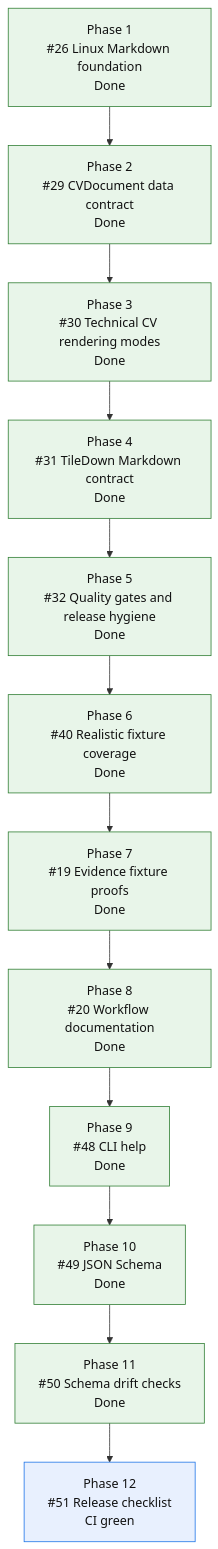
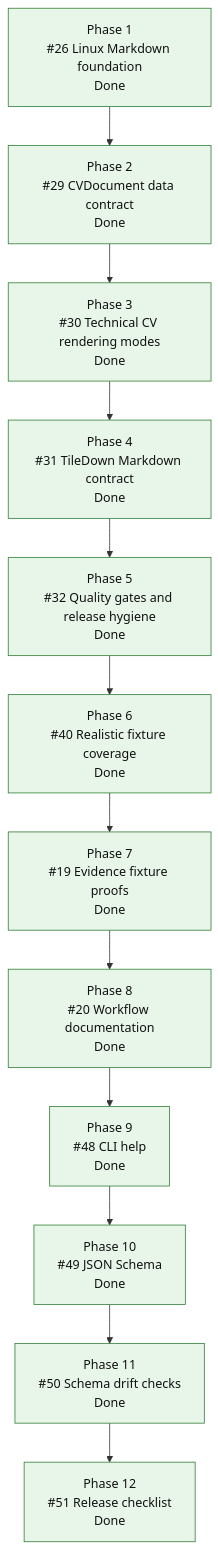
One commit to mihaelamj/cvbuilder changed the diagram in README.md. Above: the diagram before and after it, drawn with Mermaid. The commit also changed other lines of this file and 1 other file, not shown here.

First line of the commit message:
Mark release epic complete

````diff
--- a/README.md
+++ b/README.md
@@ -165,27 +165,26 @@
 ```mermaid
 flowchart TD
     P1["Phase 1<br/>#26 Linux Markdown foundation<br/>Done"]
     P2["Phase 2<br/>#29 CVDocument data contract<br/>Done"]
     P3["Phase 3<br/>#30 Technical CV rendering modes<br/>Done"]
     P4["Phase 4<br/>#31 TileDown Markdown contract<br/>Done"]
     P5["Phase 5<br/>#32 Quality gates and release hygiene<br/>Done"]
     P6["Phase 6<br/>#40 Realistic fixture coverage<br/>Done"]
     P7["Phase 7<br/>#19 Evidence fixture proofs<br/>Done"]
     P8["Phase 8<br/>#20 Workflow documentation<br/>Done"]
     P9["Phase 9<br/>#48 CLI help<br/>Done"]
     P10["Phase 10<br/>#49 JSON Schema<br/>Done"]
     P11["Phase 11<br/>#50 Schema drift checks<br/>Done"]
-    P12["Phase 12<br/>#51 Release checklist<br/>CI green"]
+    P12["Phase 12<br/>#51 Release checklist<br/>Done"]
 
     P1 --> P2 --> P3 --> P4 --> P5 --> P6 --> P7 --> P8 --> P9 --> P10 --> P11 --> P12
 
     classDef done fill:#e8f5e9,stroke:#2e7d32,color:#111;
     classDef active fill:#fff3e0,stroke:#ef6c00,color:#111;
     classDef review fill:#e8f0fe,stroke:#1a73e8,color:#111;
     classDef next fill:#fff8e1,stroke:#f9a825,color:#111;
     classDef partial fill:#e0f7fa,stroke:#00838f,color:#111;
     classDef todo fill:#eef3ff,stroke:#3367d6,color:#111;
     class P1,P2,P3,P4 done;
-    class P5,P6,P7,P8,P9,P10,P11 done;
-    class P12 review;
+    class P5,P6,P7,P8,P9,P10,P11,P12 done;
 ```
````
